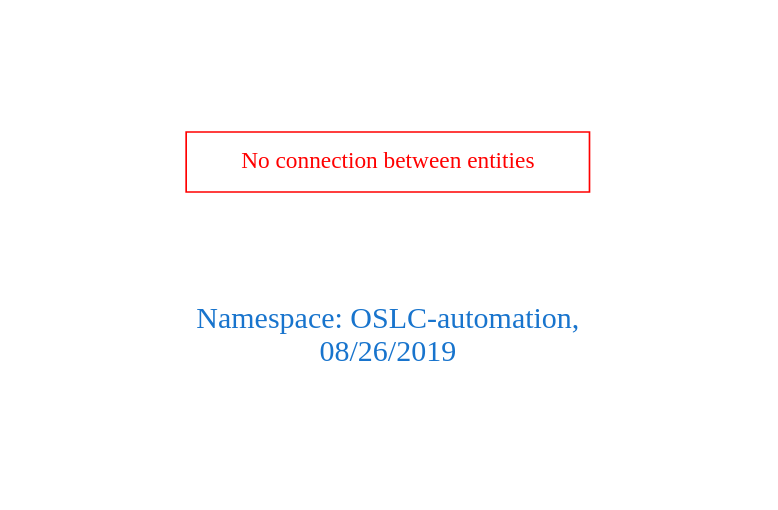
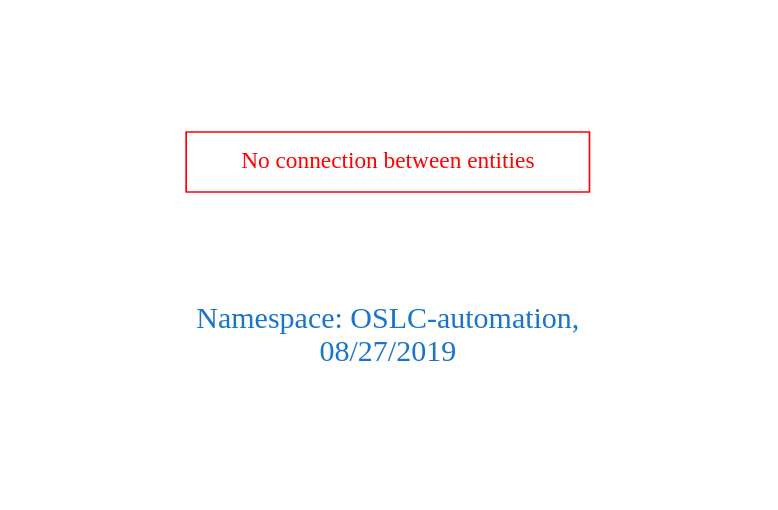
One commit to arago/OGIT changed the diagram in downloads/OSLC-automation.dot. Above: the diagram before and after it, drawn with Graphviz. The commit also changed 1500 other files, not shown here.

```diff
--- a/downloads/OSLC-automation.dot
+++ b/downloads/OSLC-automation.dot
@@ -1,9 +1,9 @@
 digraph OGIT_ontology {
  graph [ rankdir= LR,pad=1 
 fontsize = 18,
-fontcolor= dodgerblue3,label = "\n\n\nNamespace: OSLC-automation, \n 08/26/2019"];
+fontcolor= dodgerblue3,label = "\n\n\nNamespace: OSLC-automation, \n 08/27/2019"];
 node[shape=polygon];
 edge [  color="gray81"];
 
 "No connection between entities" [fontcolor = "red",color="red", shape="polygon"]
 }
```
